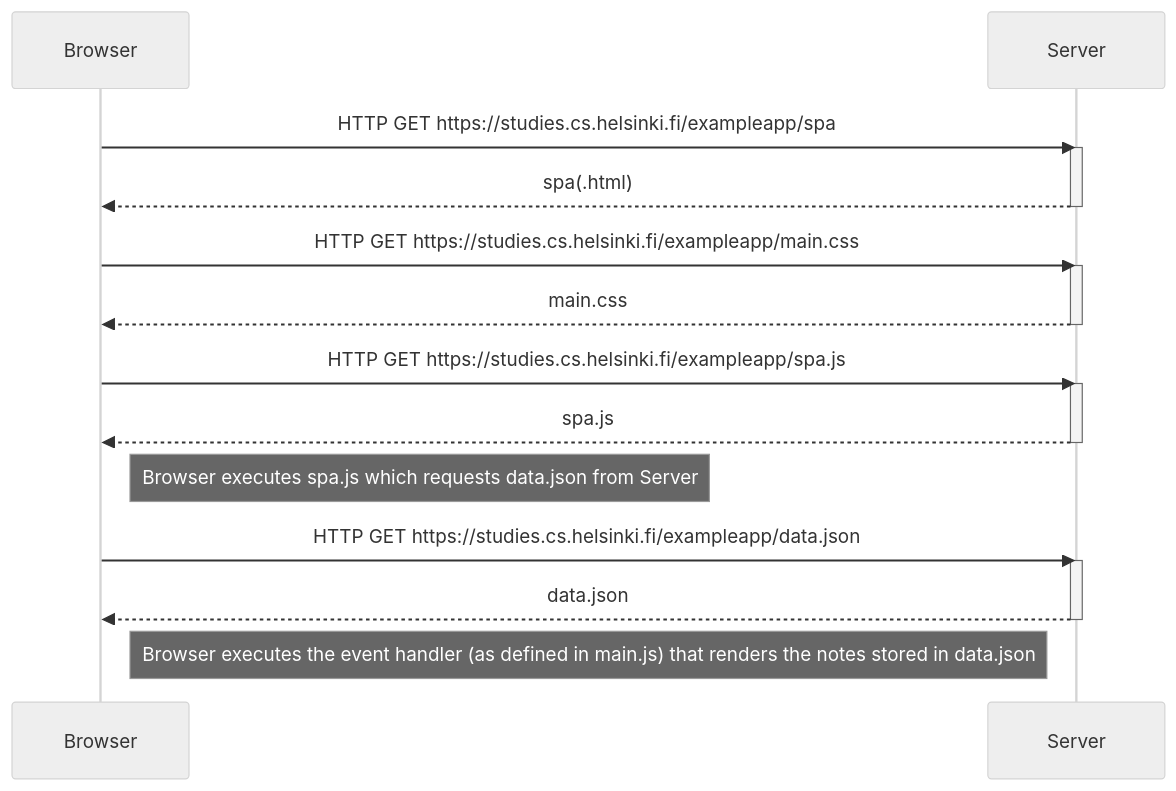
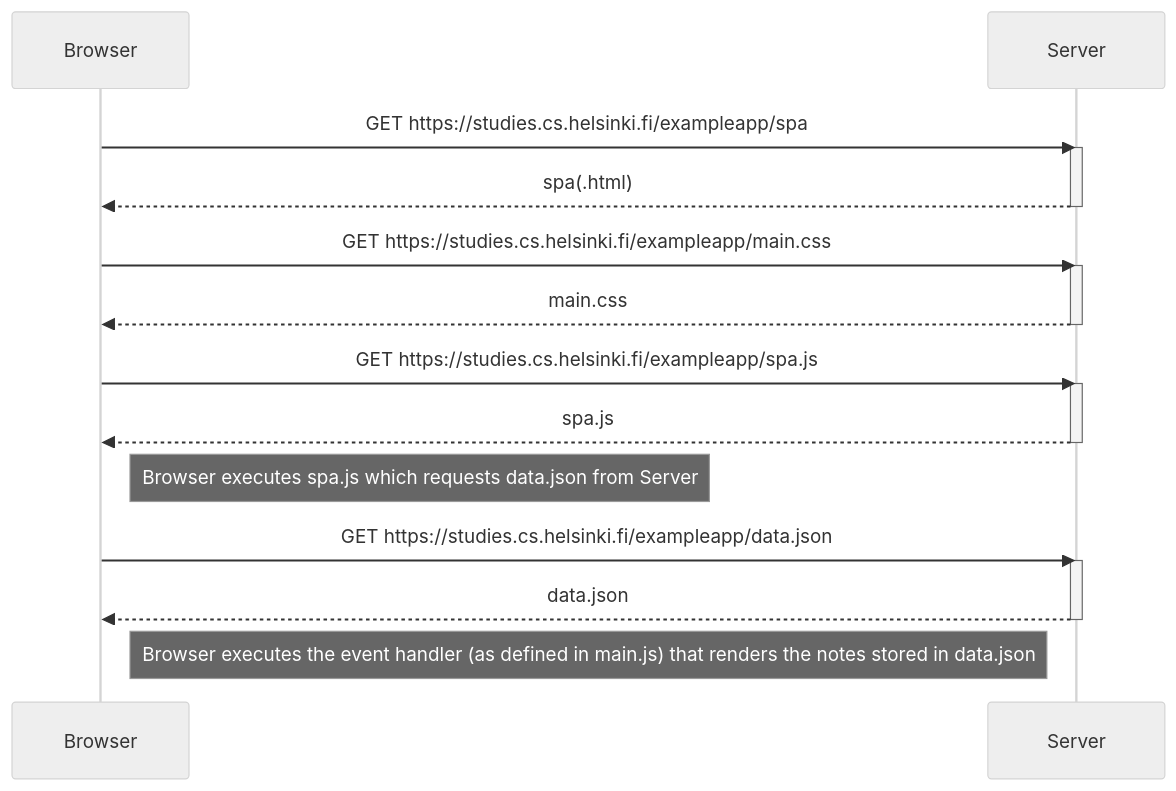
Before and after one commit to gvnlm/full-stack-open-solutions: the second of 3 diagrams in part0/README.md, drawn with Mermaid (neutral theme). The commit also changed other lines of this file, not shown here.

Commit message:
Remove unnecessary "HTTP" text

````diff
--- a/part0/README.md
+++ b/part0/README.md
@@ -44,27 +44,27 @@
 ```mermaid
     sequenceDiagram
     participant Browser
     participant Server
     
-    Browser->>Server: HTTP GET https://studies.cs.helsinki.fi/exampleapp/spa
+    Browser->>Server: GET https://studies.cs.helsinki.fi/exampleapp/spa
     activate Server
     Server-->>Browser: spa(.html)
     deactivate Server
 
-    Browser->>Server: HTTP GET https://studies.cs.helsinki.fi/exampleapp/main.css
+    Browser->>Server: GET https://studies.cs.helsinki.fi/exampleapp/main.css
     activate Server
     Server-->>Browser: main.css
     deactivate Server
 
-    Browser->>Server: HTTP GET https://studies.cs.helsinki.fi/exampleapp/spa.js
+    Browser->>Server: GET https://studies.cs.helsinki.fi/exampleapp/spa.js
     activate Server
     Server-->>Browser: spa.js
     deactivate Server
     note right of Browser: Browser executes spa.js which requests data.json from Server
 
-    Browser->>Server: HTTP GET https://studies.cs.helsinki.fi/exampleapp/data.json
+    Browser->>Server: GET https://studies.cs.helsinki.fi/exampleapp/data.json
     activate Server
     Server-->>Browser: data.json
     deactivate Server
     note right of Browser: Browser executes the event handler (as defined in main.js) that renders the notes stored in data.json
 ```
````
